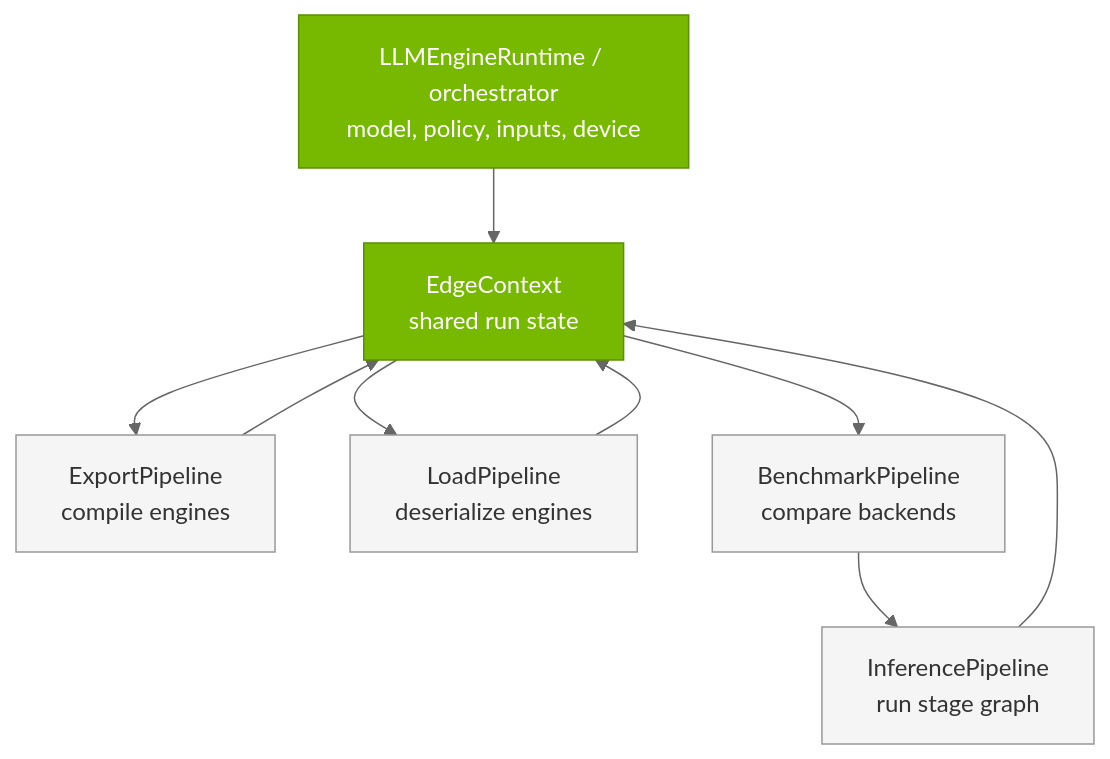
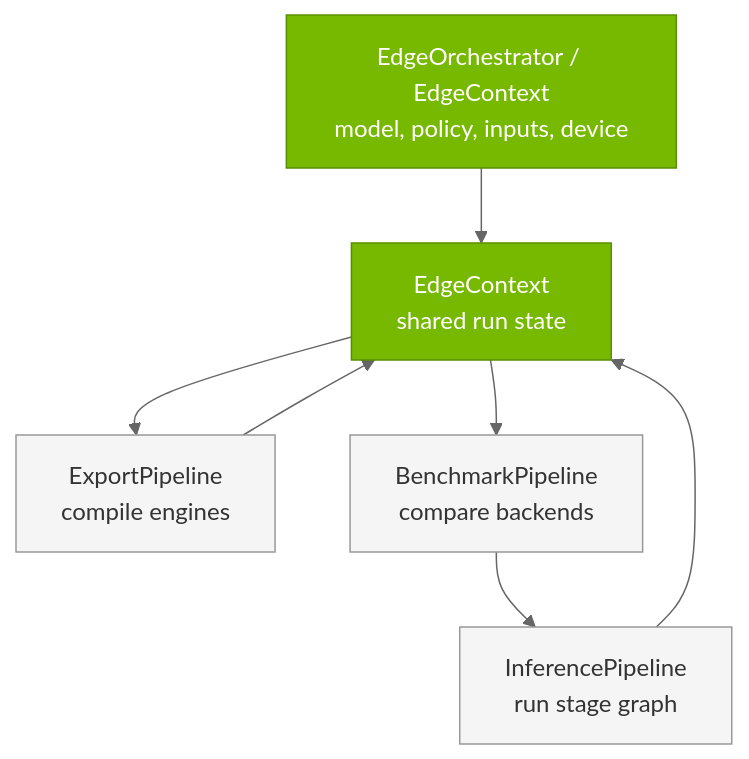
One commit to micwill755/TRT-VLA-Lowering changed the first of 5 diagrams in docs/source/examples/gr00t.rst. Above: the diagram before and after it, drawn with Mermaid. The commit also changed other lines of this file and 98 other files, not shown here.

```diff
--- a/docs/source/examples/gr00t.rst
+++ b/docs/source/examples/gr00t.rst
@@ -13,24 +13,21 @@
 .. mermaid::
 
    %%{init: {'theme':'neutral', 'themeVariables': {'primaryColor':'#76B900','primaryTextColor':'#fff','primaryBorderColor':'#5a8f00','lineColor':'#666','edgeLabelBackground':'#ffffff','labelTextColor':'#000','clusterBkg':'#ffffff','clusterBorder':'#999'}}}%%
    graph TB
-       RT["LLMEngineRuntime / orchestrator<br/>model, policy, inputs, device"]
+       RT["EdgeOrchestrator / EdgeContext<br/>model, policy, inputs, device"]
        CTX["EdgeContext<br/>shared run state"]
        EXP["ExportPipeline<br/>compile engines"]
-       LOAD["LoadPipeline<br/>deserialize engines"]
        INF["InferencePipeline<br/>run stage graph"]
        BENCH["BenchmarkPipeline<br/>compare backends"]
 
        RT --> CTX
        CTX --> EXP
        EXP --> CTX
-       CTX --> LOAD
-       LOAD --> CTX
        CTX --> BENCH
        BENCH --> INF
        INF --> CTX
 
        classDef nvNode fill:#76B900,stroke:#5a8f00,stroke-width:1px,color:#fff
        classDef greyNode fill:#f5f5f5,stroke:#999,stroke-width:1px,color:#333
        class RT,CTX nvNode
-       class EXP,LOAD,INF,BENCH greyNode
+       class EXP,INF,BENCH greyNode
```
